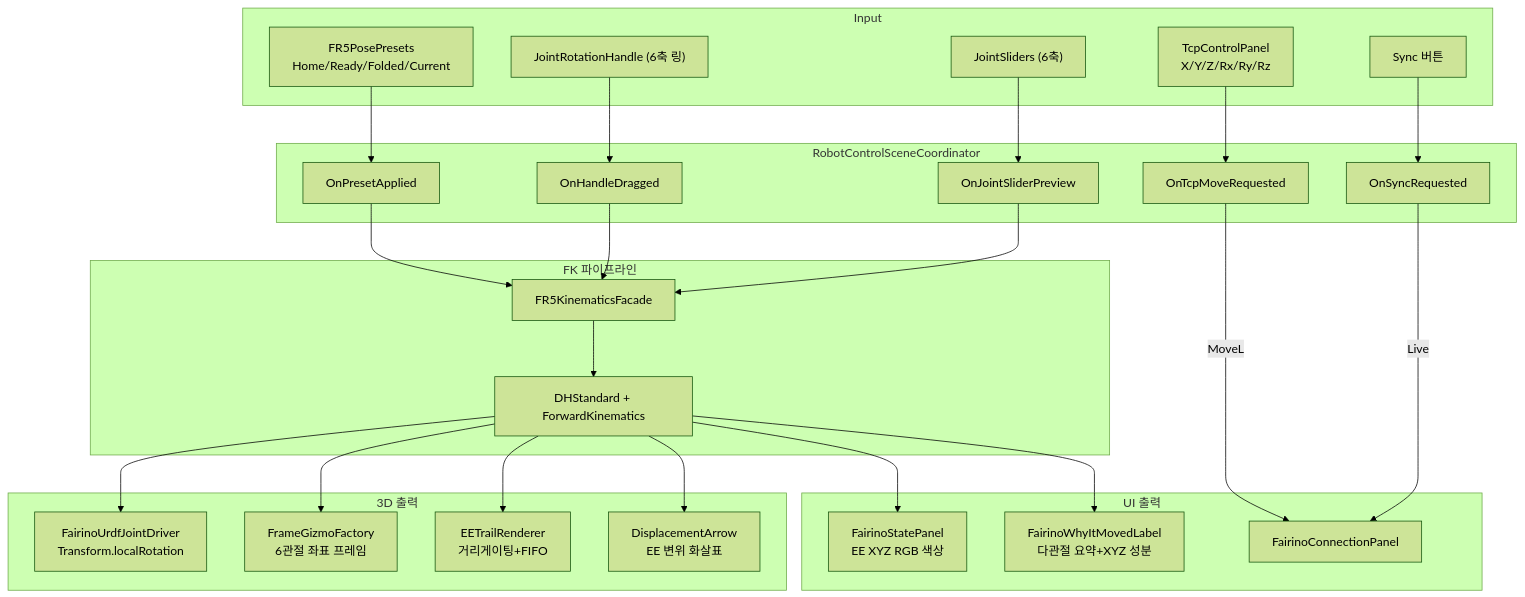
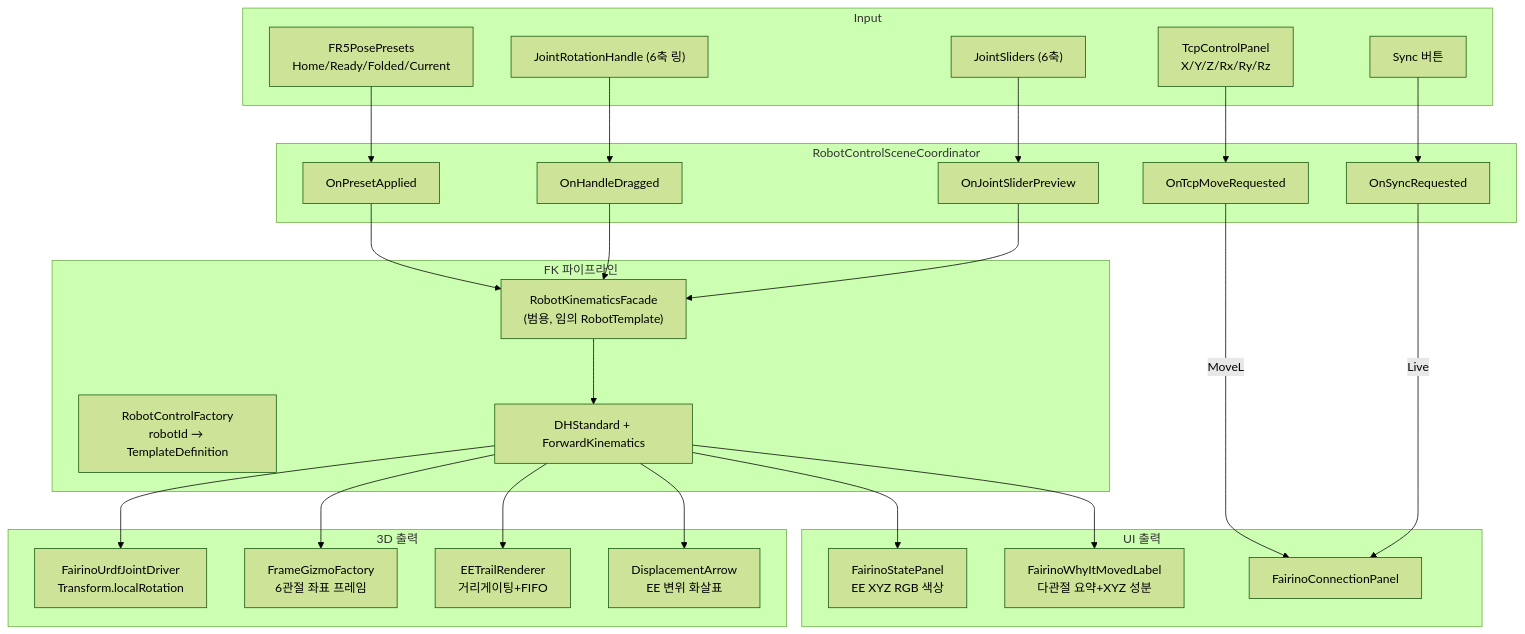
Before and after one commit to kimjuyoung1127/robotapp: the second of 6 diagrams in docs/ref/architecture-mermaid.md, drawn with Mermaid (forest theme). The commit also changed other lines of this file and 84 other files, not shown here.

First line of the commit message:
feat: add multi-robot RobotControl (B1-B3: infra + UR5e + Doosan M1013)

````diff
--- a/docs/ref/architecture-mermaid.md
+++ b/docs/ref/architecture-mermaid.md
@@ -43,57 +43,58 @@
 ```mermaid
 flowchart TD
     subgraph Input
         Slider["JointSliders (6축)"]
         Handle["JointRotationHandle (6축 링)"]
         TcpInput["TcpControlPanel\nX/Y/Z/Rx/Ry/Rz"]
         Preset["FR5PosePresets\nHome/Ready/Folded/Current"]
         SyncBtn["Sync 버튼"]
     end
 
     subgraph Coordinator["RobotControlSceneCoordinator"]
         OnSlider["OnJointSliderPreview"]
         OnHandle["OnHandleDragged"]
         OnPreset["OnPresetApplied"]
         OnTcp["OnTcpMoveRequested"]
         OnSync["OnSyncRequested"]
     end
 
     subgraph FK["FK 파이프라인"]
-        Facade["FR5KinematicsFacade"]
+        Factory["RobotControlFactory\nrobotId → TemplateDefinition"]
+        Facade["RobotKinematicsFacade\n(범용, 임의 RobotTemplate)"]
         DH["DHStandard + ForwardKinematics"]
     end
 
     subgraph Output3D["3D 출력"]
         Driver["FairinoUrdfJointDriver\nTransform.localRotation"]
         Gizmo["FrameGizmoFactory\n6관절 좌표 프레임"]
         TrailR["EETrailRenderer\n거리게이팅+FIFO"]
         Arrow["DisplacementArrow\nEE 변위 화살표"]
     end
 
     subgraph OutputUI["UI 출력"]
         State["FairinoStatePanel\nEE XYZ RGB 색상"]
         Why["FairinoWhyItMovedLabel\n다관절 요약+XYZ 성분"]
         Conn["FairinoConnectionPanel"]
     end
 
     Slider --> OnSlider
     Handle --> OnHandle
     TcpInput --> OnTcp
     Preset --> OnPreset
     SyncBtn --> OnSync
 
     OnSlider --> Facade
     OnHandle --> Facade
     OnPreset --> Facade
 
     Facade --> DH
     DH --> Driver
     DH --> Gizmo
     DH --> TrailR
     DH --> Arrow
     DH --> State
     DH --> Why
 
     OnSync -->|Live| Conn
     OnTcp -->|MoveL| Conn
 ```
````
